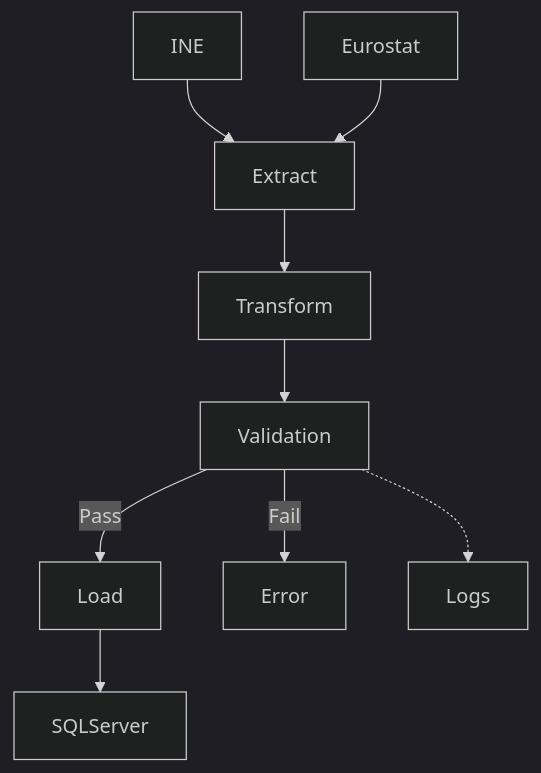
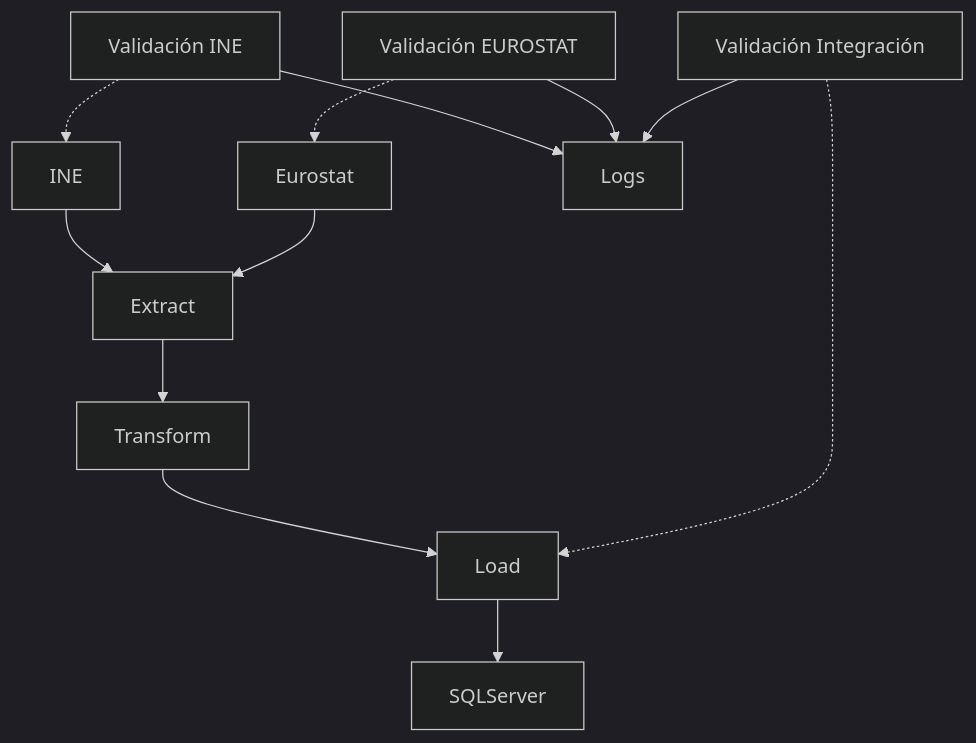
One commit to databamario/Desigualdad-Espana changed the diagram in README.md. Above: the diagram before and after it, drawn with Mermaid (dark theme). The commit also changed other lines of this file, not shown here.

Commit message:
docs: diagrama y explicación de validación modular actualizados

````diff
--- a/README.md
+++ b/README.md
@@ -20,11 +20,14 @@
 ```mermaid
 flowchart TD
   INE[INE] --> Extract
   EUROSTAT[Eurostat] --> Extract
   Extract --> Transform
-  Transform --> Validation
-  Validation -->|Pass| Load
-  Validation -->|Fail| Error
+  Transform --> Load
   Load --> SQLServer
-  Validation -.-> Logs
+  INE_VALID[Validación INE] -.-> INE
+  EUROSTAT_VALID[Validación EUROSTAT] -.-> EUROSTAT
+  INTEGRACION_VALID[Validación Integración] -.-> Load
+  INE_VALID --> Logs
+  EUROSTAT_VALID --> Logs
+  INTEGRACION_VALID --> Logs
 ```
````
